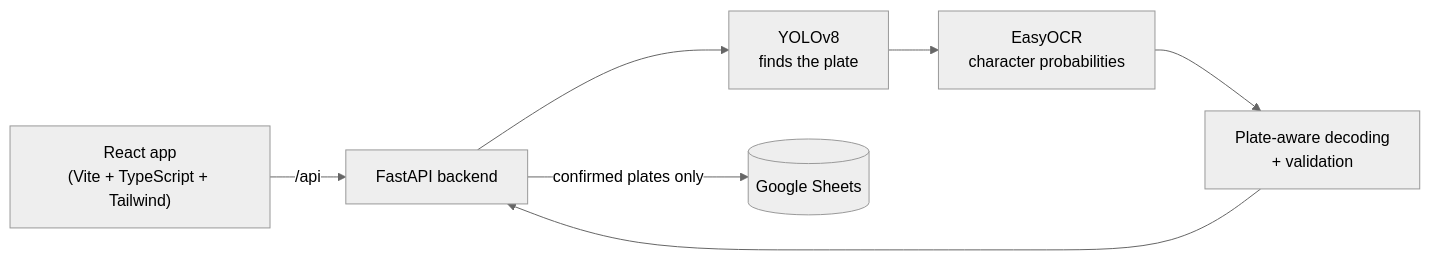
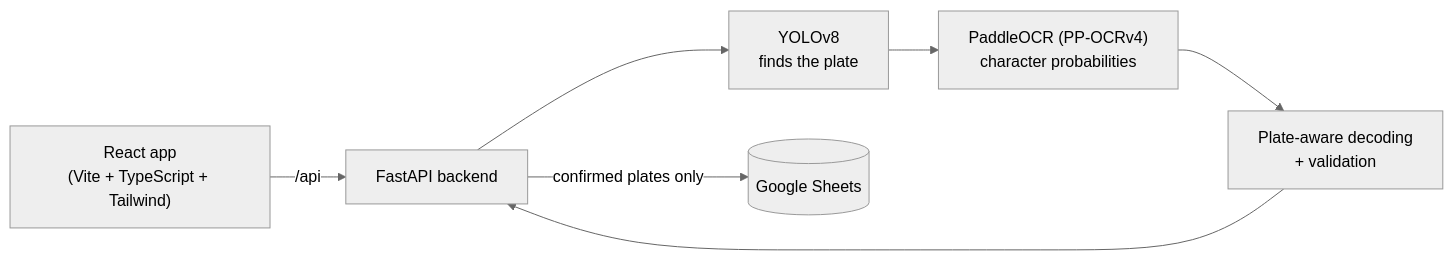
One commit to mohnish4code/Vehicle-Detection-System changed the diagram in README.md. Above: the diagram before and after it, drawn with Mermaid (neutral theme). The commit also changed other lines of this file and 3 other files, not shown here.

````diff
--- a/README.md
+++ b/README.md
@@ -61,9 +106,9 @@
 ```mermaid
 flowchart LR
     A["React app<br/>(Vite + TypeScript + Tailwind)"] -- "/api" --> B["FastAPI backend"]
     B --> C["YOLOv8<br/>finds the plate"]
-    C --> D["EasyOCR<br/>character probabilities"]
+    C --> D["PaddleOCR (PP-OCRv4)<br/>character probabilities"]
     D --> E["Plate-aware decoding<br/>+ validation"]
     E --> B
     B -- "confirmed plates only" --> F[("Google Sheets")]
 ```
````
